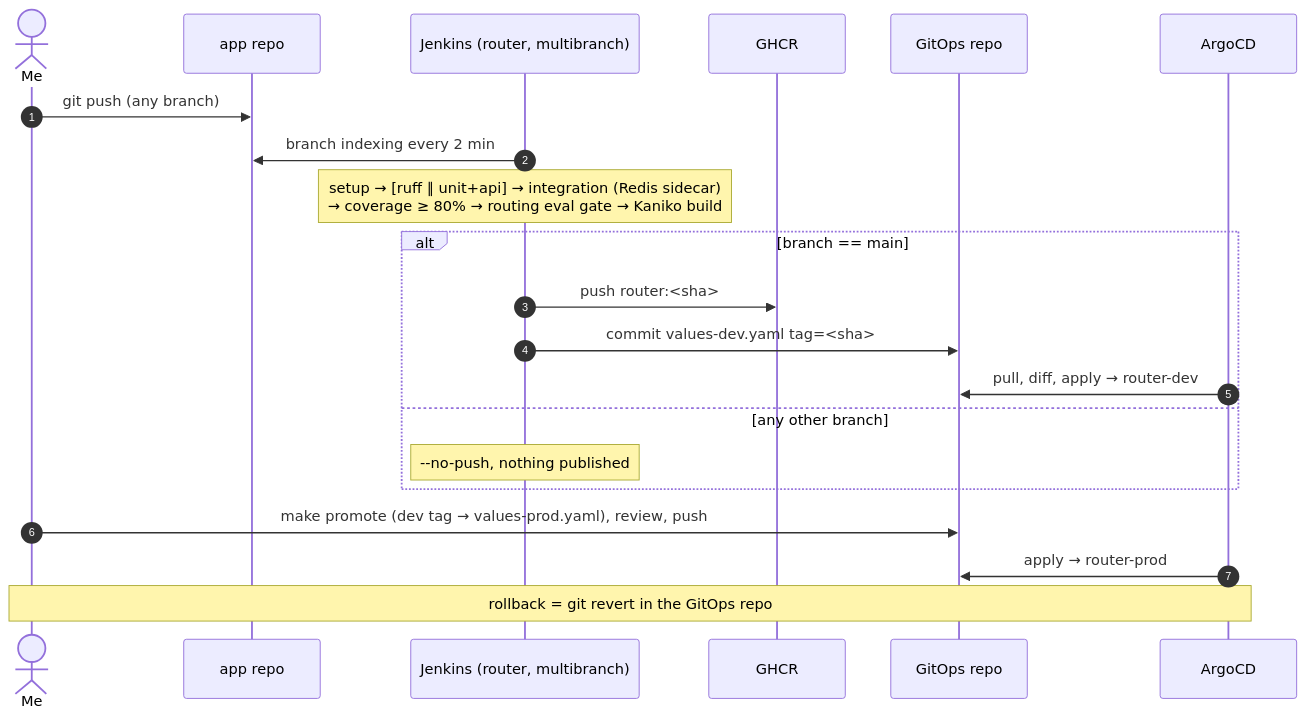
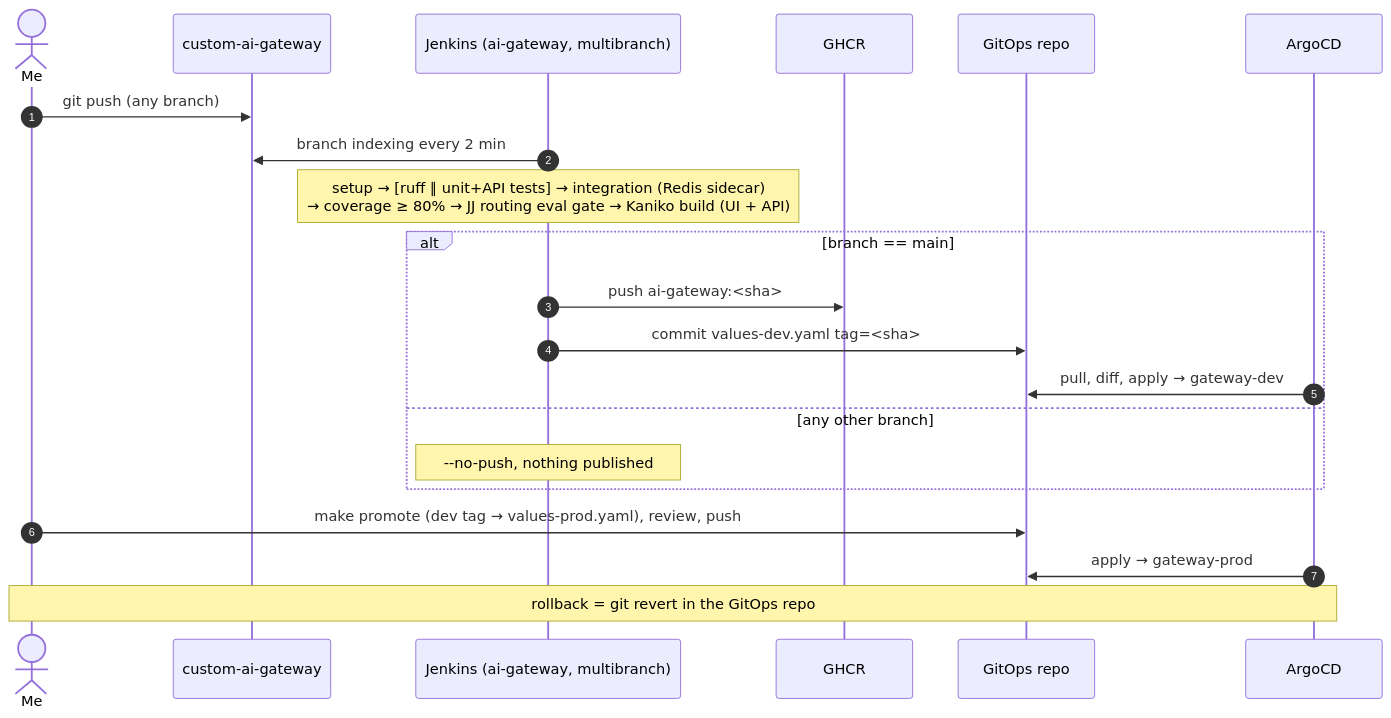
Before and after one commit to ducthangng/mlops-skeleton: the third of 3 diagrams in Readme.md, drawn with Mermaid. The commit also changed other lines of this file and 88 other files, not shown here.

````diff
--- a/Readme.md
+++ b/Readme.md
@@ -69,23 +97,23 @@
 ```mermaid
 sequenceDiagram
     autonumber
     actor Me
-    participant App as app repo
-    participant J as Jenkins (router, multibranch)
+    participant App as custom-ai-gateway
+    participant J as Jenkins (ai-gateway, multibranch)
     participant Reg as GHCR
     participant Ops as GitOps repo
     participant Argo as ArgoCD
     Me->>App: git push (any branch)
     J->>App: branch indexing every 2 min
-    Note over J: setup → [ruff ∥ unit+api] → integration (Redis sidecar)<br/>→ coverage ≥ 80% → routing eval gate → Kaniko build
+    Note over J: setup → [ruff ∥ unit+API tests] → integration (Redis sidecar)<br/>→ coverage ≥ 80% → JJ routing eval gate → Kaniko build (UI + API)
     alt branch == main
-        J->>Reg: push router:<sha>
+        J->>Reg: push ai-gateway:<sha>
         J->>Ops: commit values-dev.yaml tag=<sha>
-        Argo->>Ops: pull, diff, apply → router-dev
+        Argo->>Ops: pull, diff, apply → gateway-dev
     else any other branch
         Note over J: --no-push, nothing published
     end
     Me->>Ops: make promote (dev tag → values-prod.yaml), review, push
-    Argo->>Ops: apply → router-prod
+    Argo->>Ops: apply → gateway-prod
     Note over Me,Argo: rollback = git revert in the GitOps repo
 ```
````
